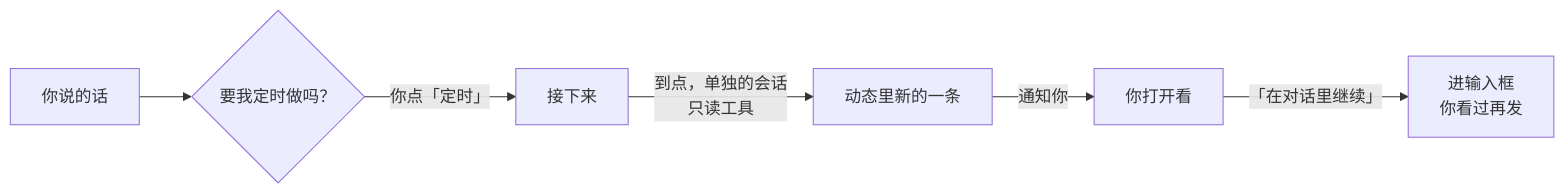
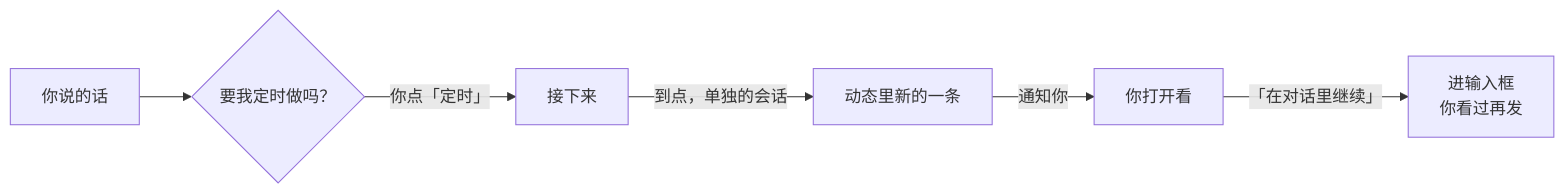
The diagram in README.zh-CN.md (JNS0724/Viva), drawn with Mermaid before and after one commit. The commit also changed other lines of this file and 110 other files, not shown here.

````diff
--- a/README.zh-CN.md
+++ b/README.zh-CN.md
@@ -91,8 +91,8 @@
 ```mermaid
 flowchart LR
   A["你说的话"] --> P{"要我定时做吗？"}
   P -->|你点「定时」| S["接下来"]
-  S -->|到点，单独的会话<br>只读工具| R["动态里新的一条"]
+  S -->|到点，单独的会话| R["动态里新的一条"]
   R -->|通知你| N["你打开看"]
   N -->|「在对话里继续」| C["进输入框<br>你看过再发"]
 ```
````
